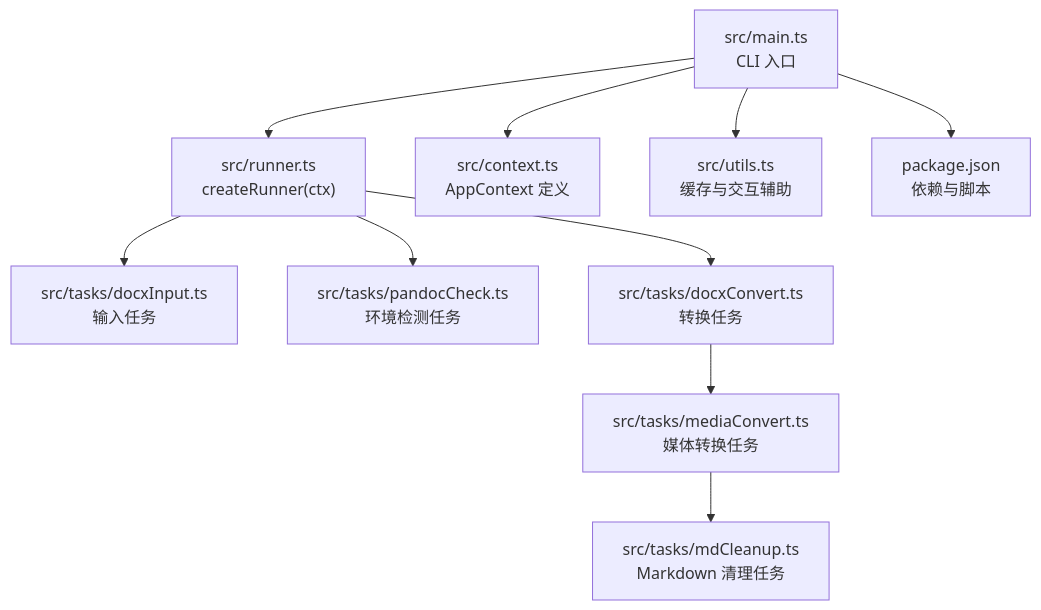
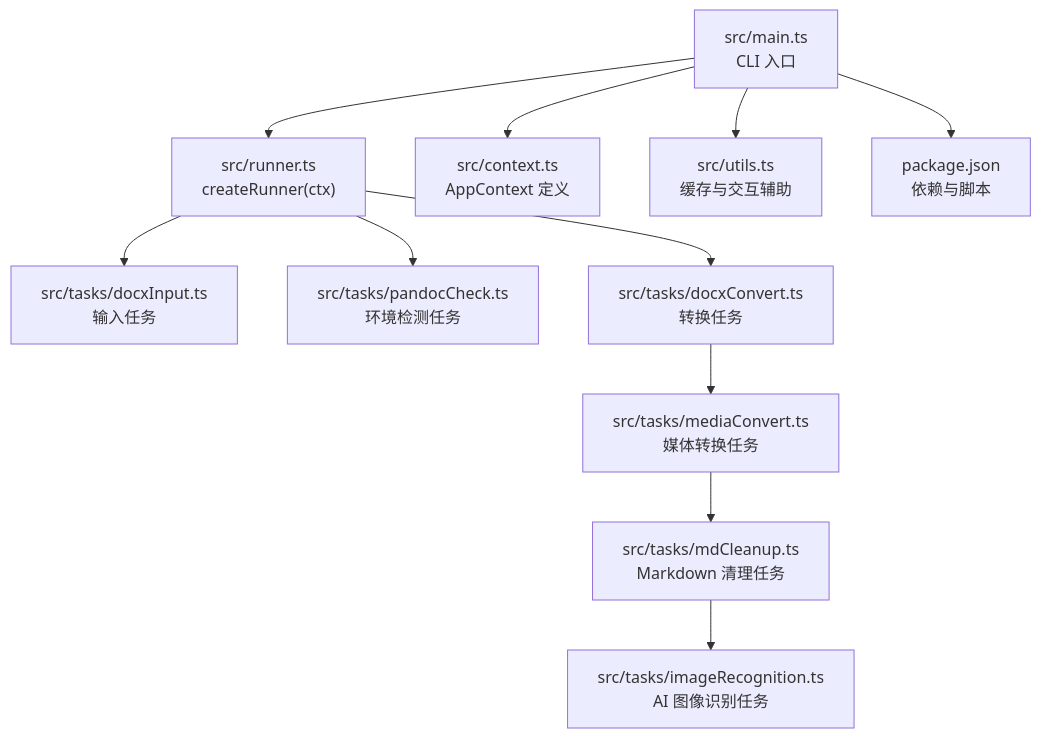
One commit to hllshiro/doc2md-cli changed the first of 4 diagrams in .qoder/repowiki/zh/content/核心架构设计/任务系统架构.md. Above: the diagram before and after it, drawn with Mermaid. The commit also changed other lines of this file and 5 other files, not shown here.

First line of the commit message:
feat(config): 新增AI配置管理与图片识别功能

````diff
--- a/.qoder/repowiki/zh/content/核心架构设计/任务系统架构.md
+++ b/.qoder/repowiki/zh/content/核心架构设计/任务系统架构.md
@@ -43,12 +51,13 @@
 ```mermaid
 graph TB
 A["src/main.ts<br/>CLI 入口"] --> B["src/runner.ts<br/>createRunner(ctx)"]
 B --> C["src/tasks/docxInput.ts<br/>输入任务"]
 B --> D["src/tasks/pandocCheck.ts<br/>环境检测任务"]
 B --> E["src/tasks/docxConvert.ts<br/>转换任务"]
 E --> F["src/tasks/mediaConvert.ts<br/>媒体转换任务"]
 F --> G["src/tasks/mdCleanup.ts<br/>Markdown 清理任务"]
-A --> H["src/context.ts<br/>AppContext 定义"]
-A --> I["src/utils.ts<br/>缓存与交互辅助"]
-A --> J["package.json<br/>依赖与脚本"]
+G --> H["src/tasks/imageRecognition.ts<br/>AI 图像识别任务"]
+A --> I["src/context.ts<br/>AppContext 定义"]
+A --> J["src/utils.ts<br/>缓存与交互辅助"]
+A --> K["package.json<br/>依赖与脚本"]
 ```
````
